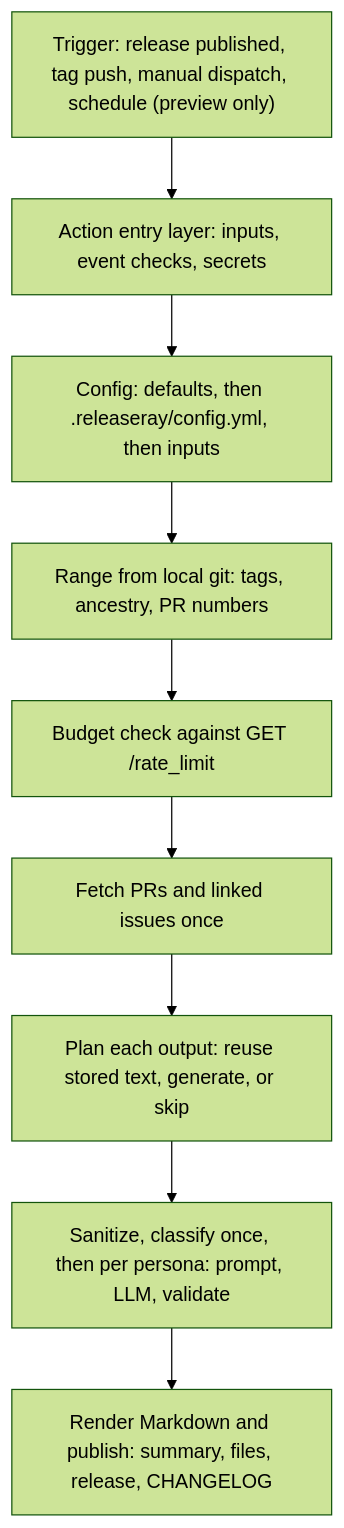
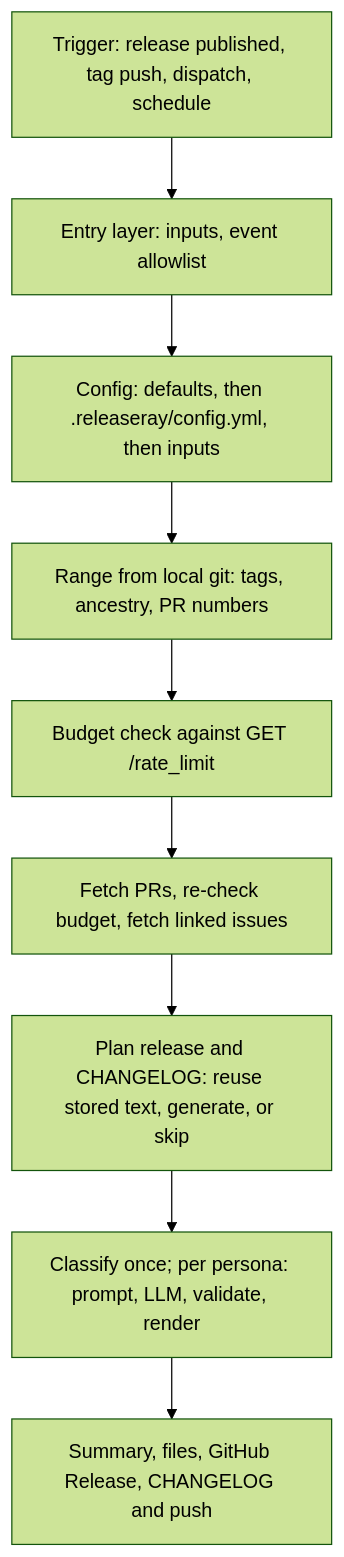
Before and after one commit to cristobalmitchell/releaseray: the diagram in README.md, drawn with Mermaid (forest theme). The commit also changed other lines of this file and 9 other files, not shown here.

````diff
--- a/README.md
+++ b/README.md
@@ -208,11 +209,11 @@
 ```mermaid
 flowchart TD
-  T["Trigger: release published, tag push, manual dispatch, schedule (preview only)"] --> A["Action entry layer: inputs, event checks, secrets"]
+  T["Trigger: release published, tag push, dispatch, schedule"] --> A["Entry layer: inputs, event allowlist"]
   A --> C["Config: defaults, then .releaseray/config.yml, then inputs"]
   C --> R["Range from local git: tags, ancestry, PR numbers"]
   R --> B["Budget check against GET /rate_limit"]
-  B --> F["Fetch PRs and linked issues once"]
-  F --> P["Plan each output: reuse stored text, generate, or skip"]
-  P --> G["Sanitize, classify once, then per persona: prompt, LLM, validate"]
-  G --> O["Render Markdown and publish: summary, files, release, CHANGELOG"]
+  B --> F["Fetch PRs, re-check budget, fetch linked issues"]
+  F --> P["Plan release and CHANGELOG: reuse stored text, generate, or skip"]
+  P --> G["Classify once; per persona: prompt, LLM, validate, render"]
+  G --> O["Summary, files, GitHub Release, CHANGELOG and push"]
 ```
````
